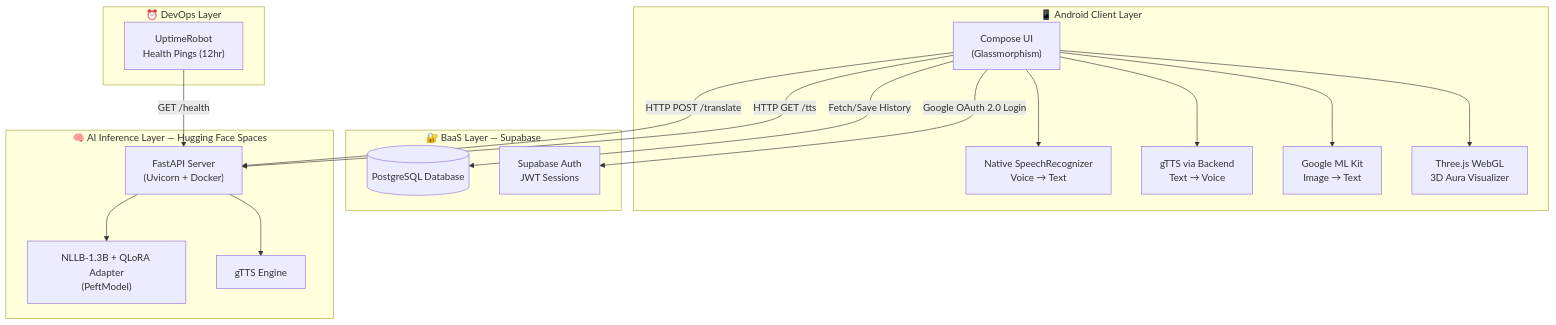
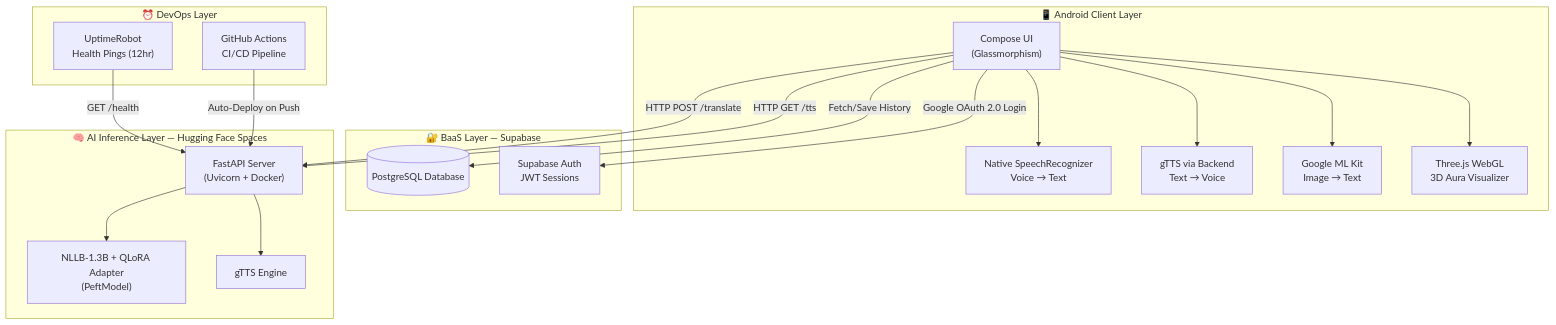
Before and after one commit to kunaljit3006/PolyTalk-AI: the first of 4 diagrams in README.md, drawn with Mermaid. The commit also changed other lines of this file, not shown here.

Commit message:
docs: Add CI/CD pipeline details to README

````diff
--- a/README.md
+++ b/README.md
@@ -59,38 +59,40 @@
 ```mermaid
 graph TD
     subgraph Client ["📱 Android Client Layer"]
         UI["Compose UI<br/>(Glassmorphism)"]
         STT["Native SpeechRecognizer<br/>Voice → Text"]
         TTS["gTTS via Backend<br/>Text → Voice"]
         OCR["Google ML Kit<br/>Image → Text"]
         VIS["Three.js WebGL<br/>3D Aura Visualizer"]
 
         UI --> STT
         UI --> TTS
         UI --> OCR
         UI --> VIS
     end
 
     subgraph BaaS ["🔐 BaaS Layer — Supabase"]
         DB[("PostgreSQL Database")]
         Auth["Supabase Auth<br/>JWT Sessions"]
     end
 
     subgraph AI ["🧠 AI Inference Layer — Hugging Face Spaces"]
         FastAPI["FastAPI Server<br/>(Uvicorn + Docker)"]
         Model["NLLB-1.3B + QLoRA Adapter<br/>(PeftModel)"]
         GTTS["gTTS Engine"]
         FastAPI --> Model
         FastAPI --> GTTS
     end
 
     subgraph DevOps ["⏰ DevOps Layer"]
         Cron["UptimeRobot<br/>Health Pings (12hr)"]
+        CI["GitHub Actions<br/>CI/CD Pipeline"]
     end
 
     UI -- "Google OAuth 2.0 Login" --> Auth
     UI -- "Fetch/Save History" --> DB
     UI -- "HTTP POST /translate" --> FastAPI
     UI -- "HTTP GET /tts" --> FastAPI
     Cron -- "GET /health" --> FastAPI
+    CI -- "Auto-Deploy on Push" --> FastAPI
 ```
````
